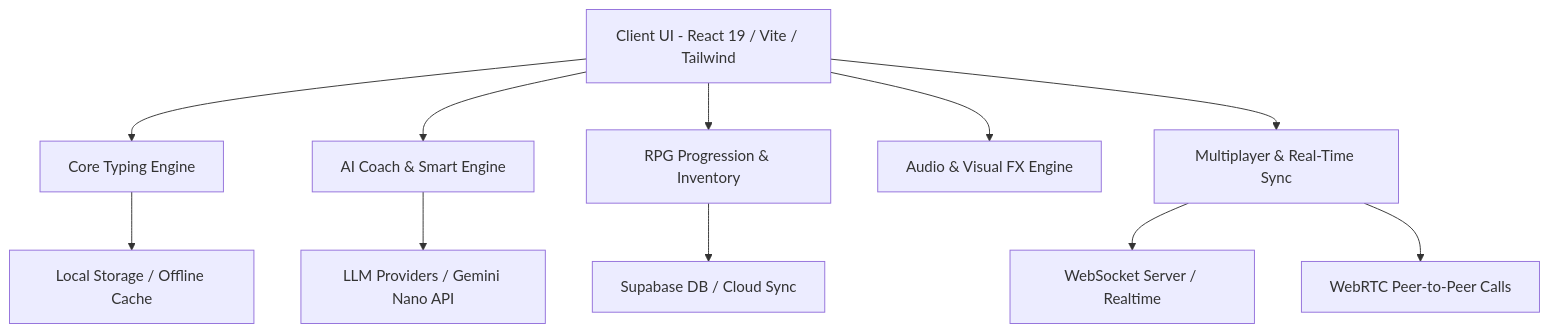
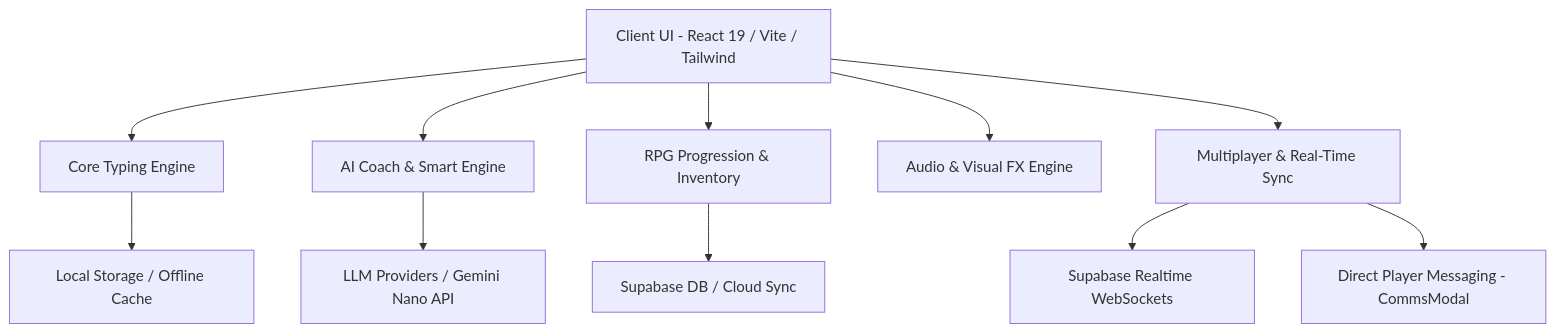
The diagram in docs/PRD.md (amimitaghosh99-alt/typenova-live), drawn with Mermaid before and after one commit. The commit also changed other lines of this file and 29 other files, not shown here.

````diff
--- a/docs/PRD.md
+++ b/docs/PRD.md
@@ -37,15 +37,15 @@
 ```mermaid
 graph TD
     A[Client UI - React 19 / Vite / Tailwind] --> B[Core Typing Engine]
     A --> C[AI Coach & Smart Engine]
     A --> D[RPG Progression & Inventory]
     A --> E[Audio & Visual FX Engine]
     
     B --> F[Local Storage / Offline Cache]
     C --> G[LLM Providers / Gemini Nano API]
     D --> H[Supabase DB / Cloud Sync]
     
     A --> I[Multiplayer & Real-Time Sync]
-    I --> J[WebSocket Server / Realtime]
-    I --> K[WebRTC Peer-to-Peer Calls]
+    I --> J[Supabase Realtime WebSockets]
+    I --> K[Direct Player Messaging - CommsModal]
 ```
````
